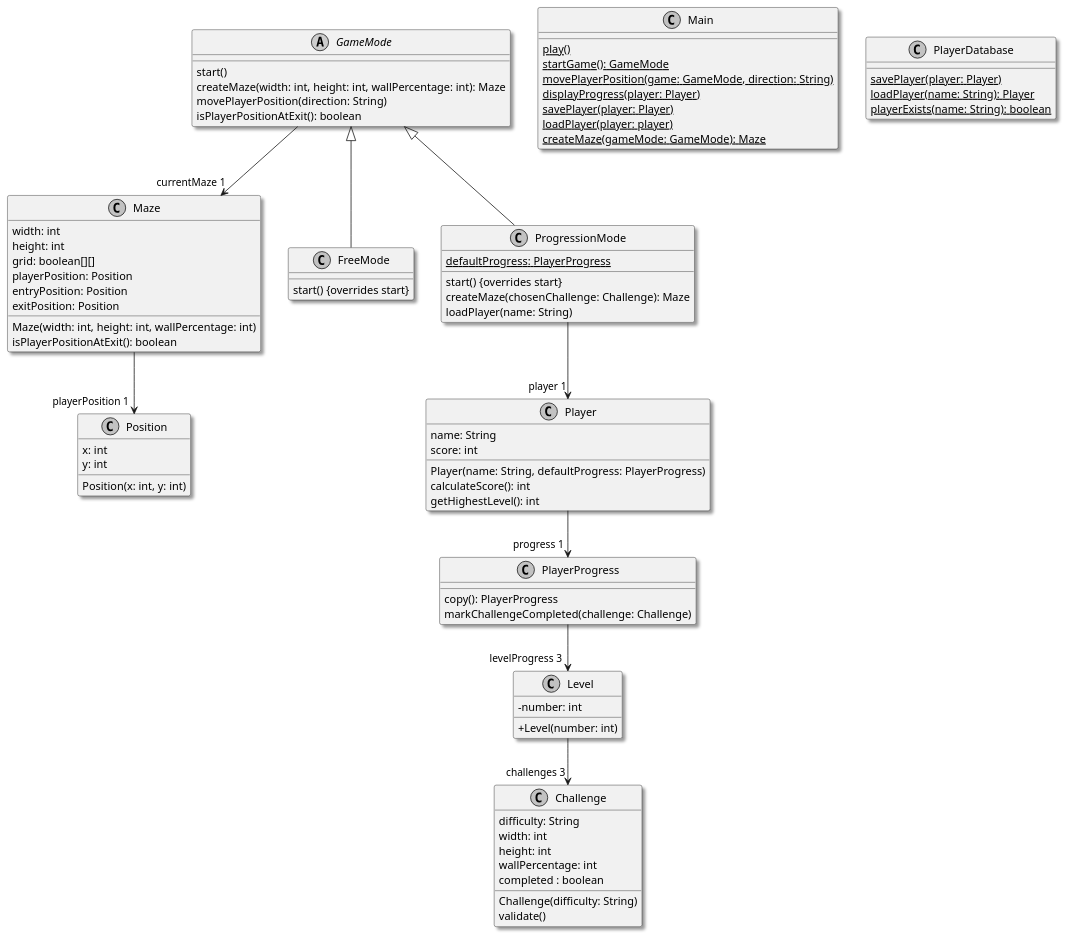
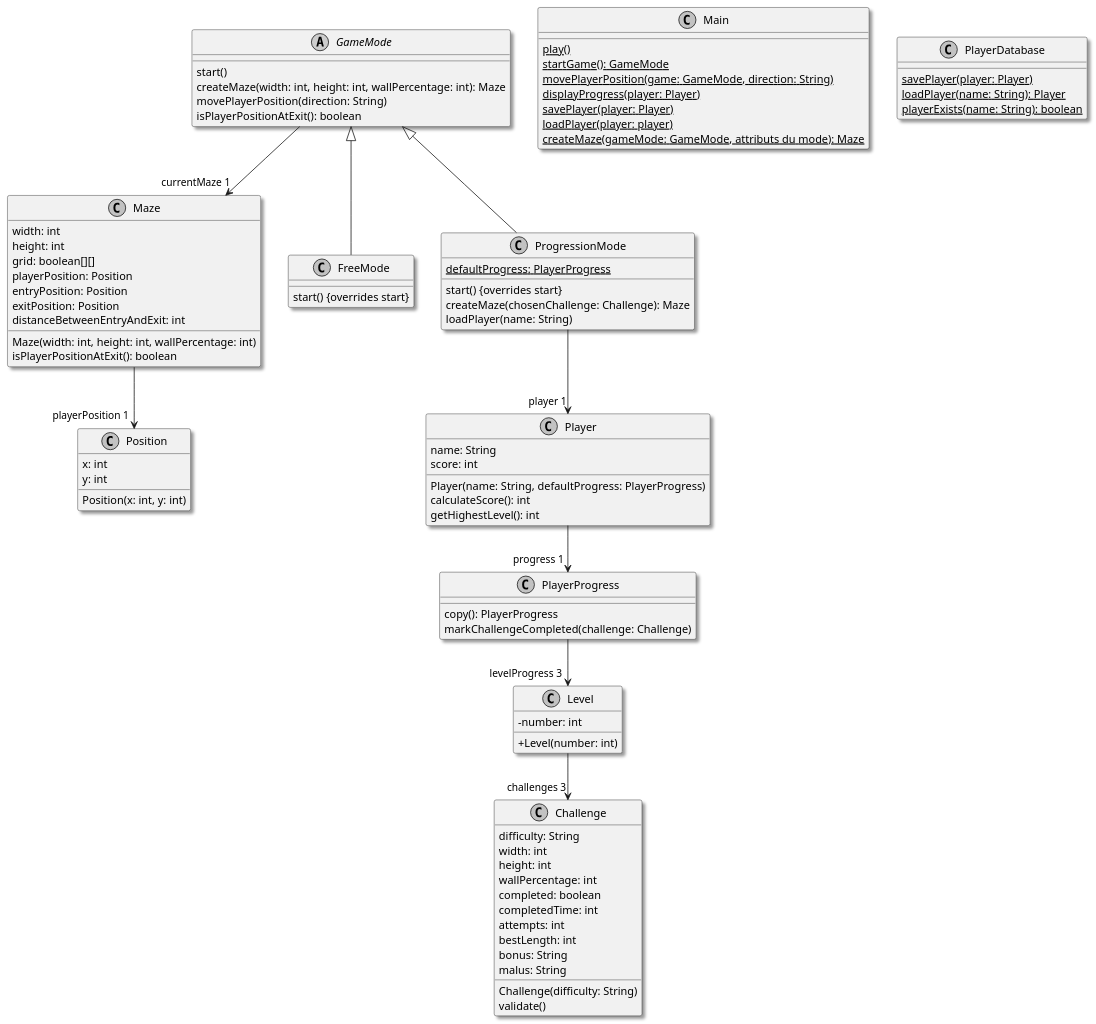
Before and after one commit to blavogiez/developpement-modulab-Semestre3: the diagram in rapports/analyse/diagramme_classes.puml, drawn with PlantUML. The commit also changed 11 other files, not shown here.

```diff
--- a/rapports/analyse/diagramme_classes.puml
+++ b/rapports/analyse/diagramme_classes.puml
@@ -1,95 +1,101 @@
 @startuml
 skinparam monochrome true
 skinparam shadowing true
 skinparam classAttributeIconSize 0
 
 class Maze {
   width: int
   height: int
   grid: boolean[][]
   playerPosition: Position
   entryPosition: Position
   exitPosition: Position
+  distanceBetweenEntryAndExit: int
   Maze(width: int, height: int, wallPercentage: int)
   isPlayerPositionAtExit(): boolean
 }
 
 class Player {
   name: String
   score: int
   Player(name: String, defaultProgress: PlayerProgress)
   calculateScore(): int
   getHighestLevel(): int
 }
 
 class PlayerProgress {
   copy(): PlayerProgress
   markChallengeCompleted(challenge: Challenge)
 }
 
 class Position {
   x: int
   y: int
   Position(x: int, y: int)
 }
 
 abstract class GameMode {
   start()
   createMaze(width: int, height: int, wallPercentage: int): Maze
   movePlayerPosition(direction: String)
   isPlayerPositionAtExit(): boolean
 }
 
 class FreeMode {
   start() {overrides start}
 }
 
 class ProgressionMode {
   start() {overrides start}
   createMaze(chosenChallenge: Challenge): Maze
   loadPlayer(name: String)
   {static} defaultProgress: PlayerProgress
 }
 
 class Level {
   - number: int
   + Level(number: int)
 }
 
 class Challenge {
   difficulty: String
   width: int
   height: int
   wallPercentage: int
-  completed : boolean
+  completed: boolean
+  completedTime: int
+  attempts: int
+  bestLength: int
+  bonus: String
+  malus: String
   Challenge(difficulty: String)
   validate()
 }
 
 class Main {
   {static} play()
   {static} startGame(): GameMode
   {static} movePlayerPosition(game: GameMode, direction: String)
   {static} displayProgress(player: Player)
   {static} savePlayer(player: Player)
   {static} loadPlayer(player: player)
-  {static} createMaze(gameMode: GameMode): Maze
+  {static} createMaze(gameMode: GameMode, attributs du mode): Maze
  
   'displayProgress(player: Player)'
 }
 
 class PlayerDatabase {
   {static} savePlayer(player: Player)
   {static} loadPlayer(name: String): Player
   {static} playerExists(name: String): boolean
 }
 
 Maze --> "playerPosition 1" Position
 GameMode --> "currentMaze 1" Maze
 GameMode <|-- FreeMode
 GameMode <|-- ProgressionMode
 ProgressionMode --> "player 1" Player
 Level --> "challenges 3" Challenge
 Player --> "progress 1" PlayerProgress
 PlayerProgress --> "levelProgress 3" Level
 @enduml
```
